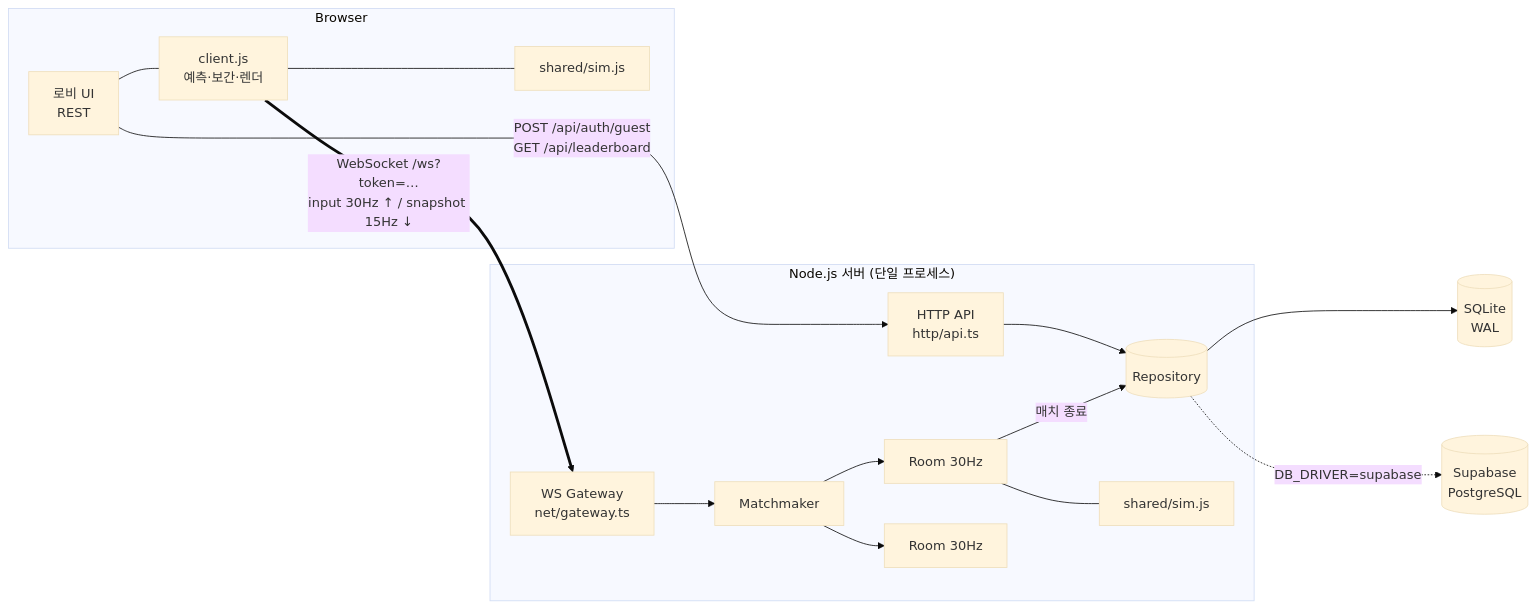
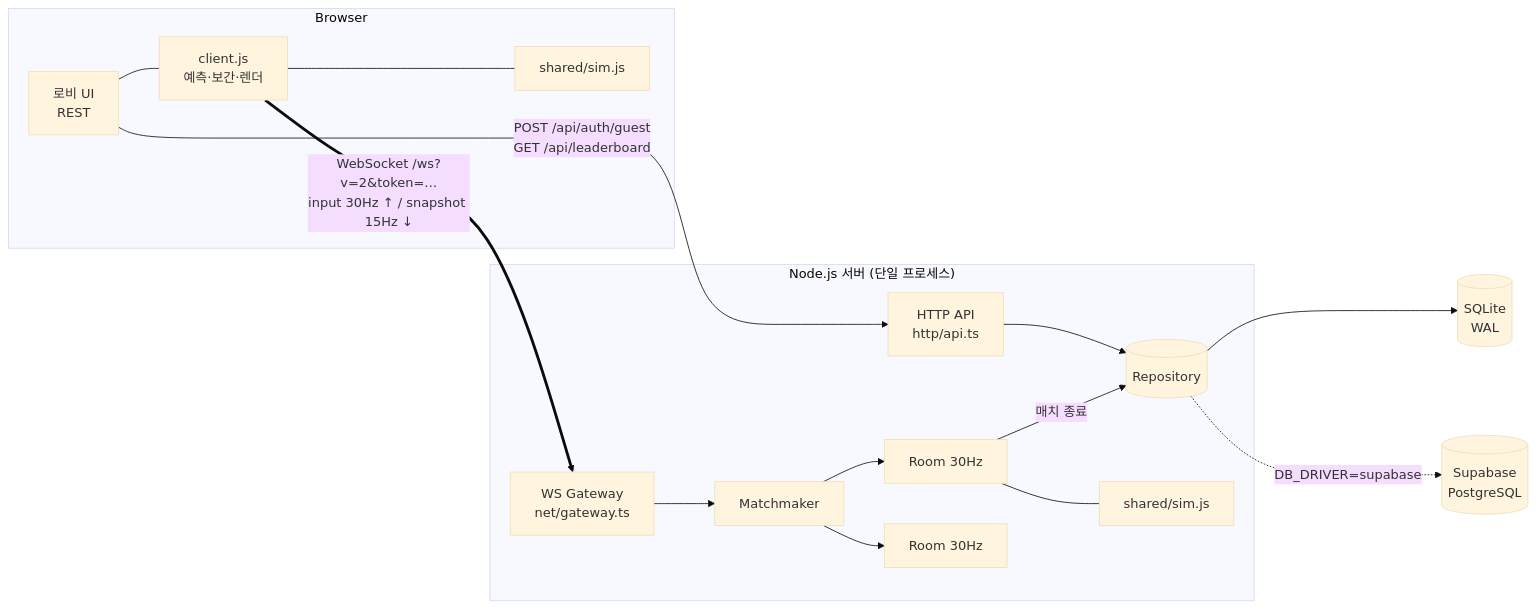
Before and after one commit to esin3329/orbit-arena-server: the first of 2 diagrams in README.md, drawn with Mermaid (base theme). The commit also changed other lines of this file and 20 other files, not shown here.

````diff
--- a/README.md
+++ b/README.md
@@ -37,22 +40,22 @@
 ```mermaid
 flowchart LR
   subgraph Browser
     UI[로비 UI<br/>REST] --- C[client.js<br/>예측·보간·렌더]
     C --- S1[shared/sim.js]
   end
 
   subgraph "Node.js 서버 (단일 프로세스)"
     H[HTTP API<br/>http/api.ts] --> R[(Repository)]
     G[WS Gateway<br/>net/gateway.ts] --> MM[Matchmaker]
     MM --> RM1[Room 30Hz]
     MM --> RM2[Room 30Hz]
     RM1 --- S2[shared/sim.js]
     RM1 -- 매치 종료 --> R
   end
 
   R --> SQ[(SQLite<br/>WAL)]
   R -.DB_DRIVER=supabase.-> SB[(Supabase<br/>PostgreSQL)]
 
   UI -- "POST /api/auth/guest<br/>GET /api/leaderboard" --> H
-  C == "WebSocket /ws?token=…<br/>input 30Hz ↑ / snapshot 15Hz ↓" ==> G
+  C == "WebSocket /ws?v=2&token=…<br/>input 30Hz ↑ / snapshot 15Hz ↓" ==> G
 ```
````
